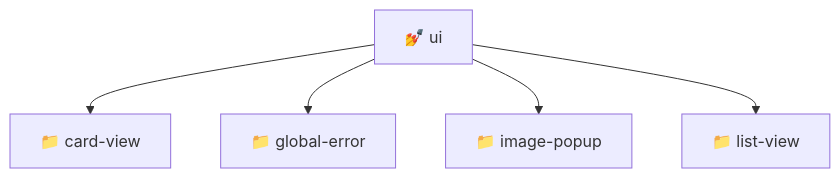
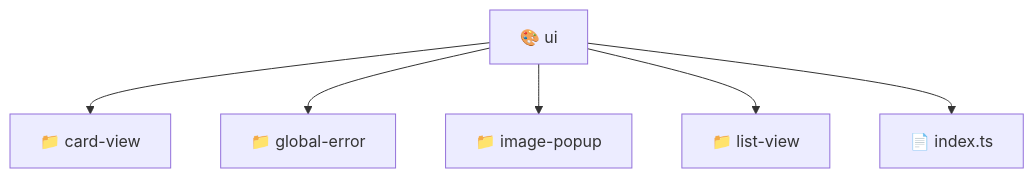
The diagram in frontend/src/shared/ui/README.md (beginwebdev2002/fullstack-mavluda), drawn with Mermaid before and after one commit. The commit also changed other lines of this file and 157 other files, not shown here.

First line of the commit message:
docs: generate localized readmes for architectural transparency

````diff
--- a/frontend/src/shared/ui/README.md
+++ b/frontend/src/shared/ui/README.md
@@ -11,8 +11,9 @@
 ```mermaid
 graph TD
-  ui["💅 ui"]
-  ui --> card_view["📁 card-view"]
-  ui --> global_error["📁 global-error"]
-  ui --> image_popup["📁 image-popup"]
-  ui --> list_view["📁 list-view"]
+  ui["🎨 ui"]
+  ui --> ui_card_view["📁 card-view"]
+  ui --> ui_global_error["📁 global-error"]
+  ui --> ui_image_popup["📁 image-popup"]
+  ui --> ui_list_view["📁 list-view"]
+  ui --> ui_index_ts["📄 index.ts"]
 ```
````
